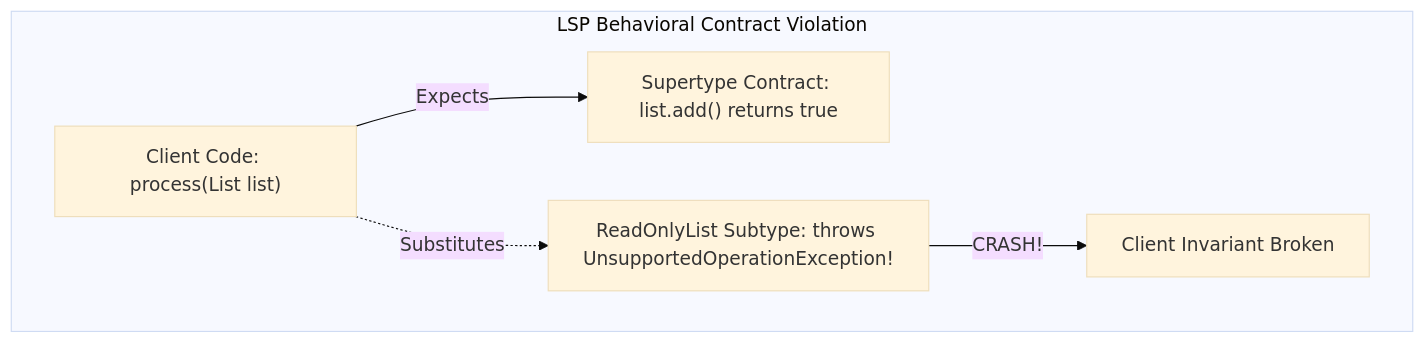
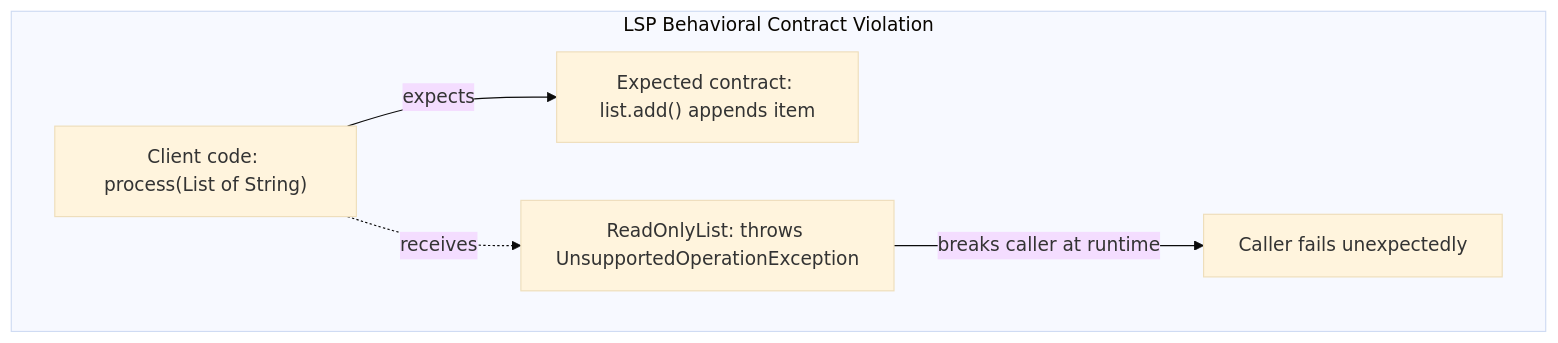
Before and after one commit to ravishankar2463/java_hub: the second of 3 diagrams in content/roadmap/level-6/solid-principles-basics.md, drawn with Mermaid (base theme). The commit also changed other lines of this file and 119 other files, not shown here.

Commit message:
feat: add comprehensive java learning roadmap content across multiple levels

````diff
--- a/content/roadmap/level-6/solid-principles-basics.md
+++ b/content/roadmap/level-6/solid-principles-basics.md
@@ -220,12 +329,12 @@
 ```mermaid
 flowchart TD
     subgraph "LSP Behavioral Contract Violation"
-        Client["Client Code: process(List<T> list)"]
-        ListContract["Supertype Contract: list.add() returns true"]
-        ReadOnlySubtype["ReadOnlyList Subtype: throws UnsupportedOperationException!"]
-        
-        Client -->|Expects| ListContract
-        Client -.->|Substitutes| ReadOnlySubtype
-        ReadOnlySubtype -->|CRASH!| Explode["Client Invariant Broken"]
+        Client["Client code: process(List of String)"]
+        Contract["Expected contract: list.add() appends item"]
+        Subtype["ReadOnlyList: throws UnsupportedOperationException"]
+
+        Client -->|"expects"| Contract
+        Client -.->|"receives"| Subtype
+        Subtype -->|"breaks caller at runtime"| Failure["Caller fails unexpectedly"]
     end
 ```
````
